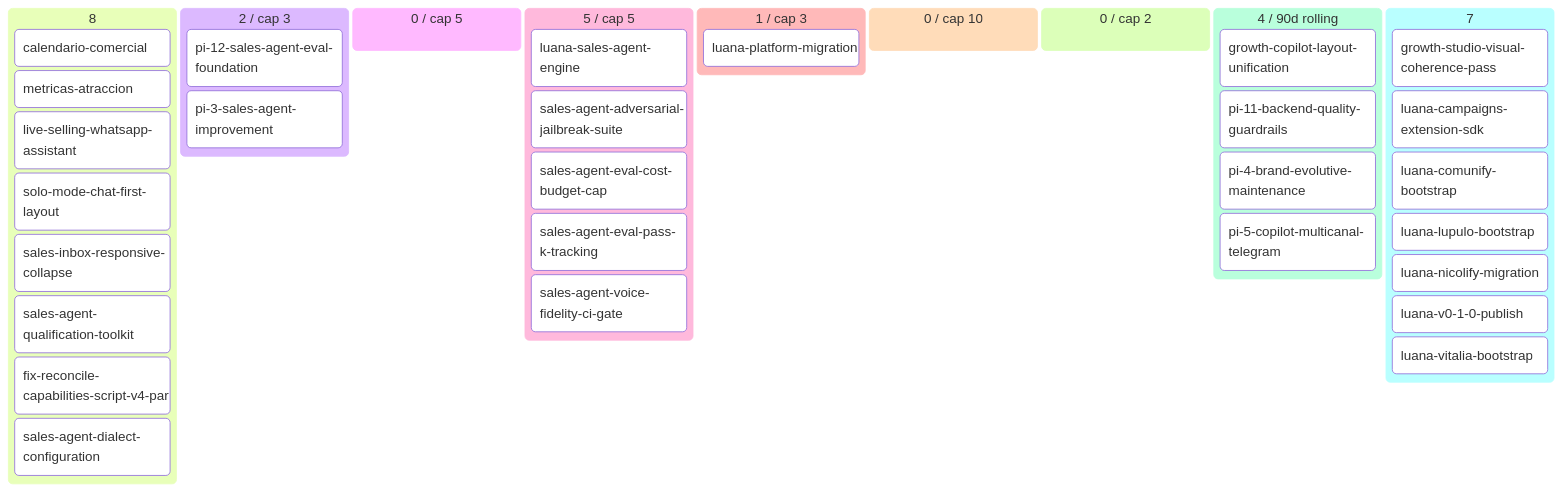
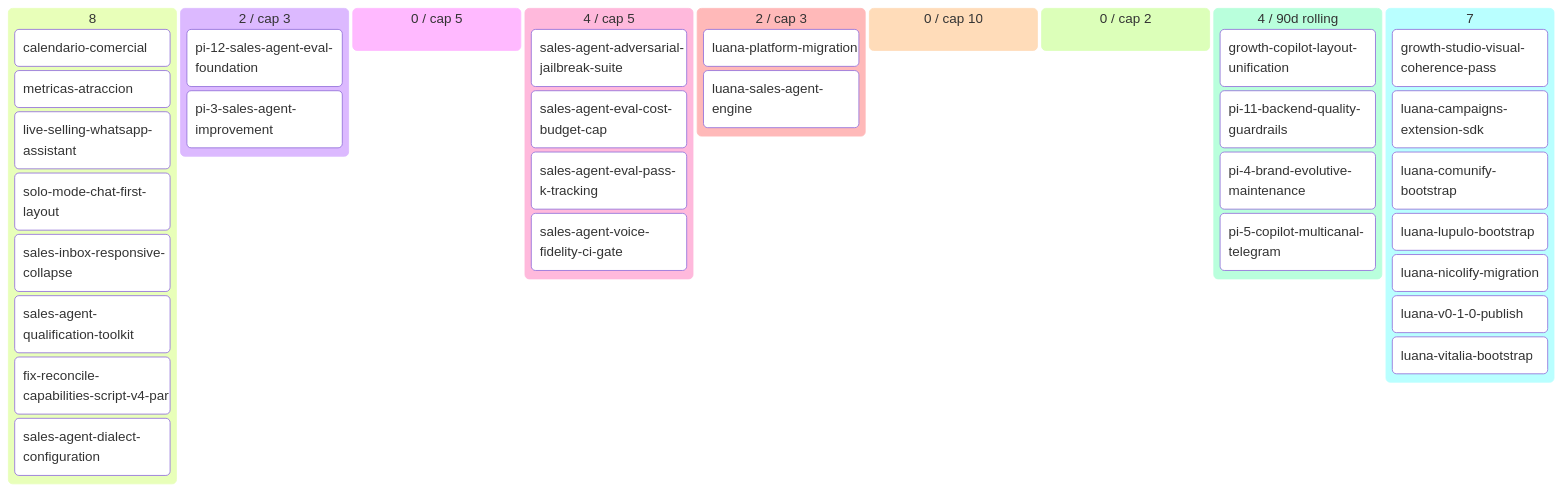
The diagram in docs/product/BACKLOG.md (alpacapurpura/ap_sales_agent), drawn with Mermaid before and after one commit. The commit also changed other lines of this file and 3 other files, not shown here.

First line of the commit message:
docs(story-7): transition state ready → developing — Session 3 Phase 5 build start

````diff
--- a/docs/product/BACKLOG.md
+++ b/docs/product/BACKLOG.md
@@ -65,39 +65,39 @@
 ```mermaid
 kanban
   💡 Ideas (8)
     calendario-comercial[calendario-comercial]
     metricas-atraccion[metricas-atraccion]
     live-selling-whatsapp-assistan[live-selling-whatsapp-assistant]
     solo-mode-chat-first-layout[solo-mode-chat-first-layout]
     sales-inbox-responsive-collaps[sales-inbox-responsive-collapse]
     sales-agent-qualification-tool[sales-agent-qualification-toolkit]
     fix-reconcile-capabilities-scr[fix-reconcile-capabilities-script-v4-par]
     sales-agent-dialect-configurat[sales-agent-dialect-configuration]
   🔬 Refining (2 / cap 3)
     pi-12-sales-agent-eval-foundat[pi-12-sales-agent-eval-foundation]
     pi-3-sales-agent-improvement[pi-3-sales-agent-improvement]
   ✅ Refined (0 / cap 5)
-  📦 Ready (5 / cap 5)
-    luana-sales-agent-engine[luana-sales-agent-engine]
+  📦 Ready (4 / cap 5)
     sales-agent-adversarial-jailbr[sales-agent-adversarial-jailbreak-suite]
     sales-agent-eval-cost-budget-c[sales-agent-eval-cost-budget-cap]
     sales-agent-eval-pass-k-tracki[sales-agent-eval-pass-k-tracking]
     sales-agent-voice-fidelity-ci-[sales-agent-voice-fidelity-ci-gate]
-  🔨 Developing (1 / cap 3)
+  🔨 Developing (2 / cap 3)
     luana-platform-migration[luana-platform-migration]
+    luana-sales-agent-engine[luana-sales-agent-engine]
   🧪 Developed (0 / cap 10)
   🔍 Reviewing (0 / cap 2)
   ✅ Done (4 / 90d rolling)
     growth-copilot-layout-unificat[growth-copilot-layout-unification]
     pi-11-backend-quality-guardrai[pi-11-backend-quality-guardrails]
     pi-4-brand-evolutive-maintenan[pi-4-brand-evolutive-maintenance]
     pi-5-copilot-multicanal-telegr[pi-5-copilot-multicanal-telegram]
   🅿 Parked (7)
     growth-studio-visual-coherence[growth-studio-visual-coherence-pass]
     luana-campaigns-extension-sdk[luana-campaigns-extension-sdk]
     luana-comunify-bootstrap[luana-comunify-bootstrap]
     luana-lupulo-bootstrap[luana-lupulo-bootstrap]
     luana-nicolify-migration[luana-nicolify-migration]
     luana-v0-1-0-publish[luana-v0-1-0-publish]
     luana-vitalia-bootstrap[luana-vitalia-bootstrap]
 ```
````
